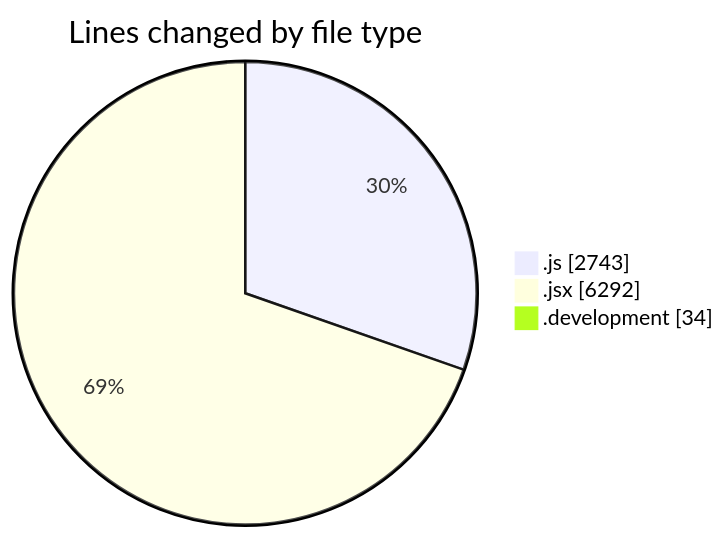
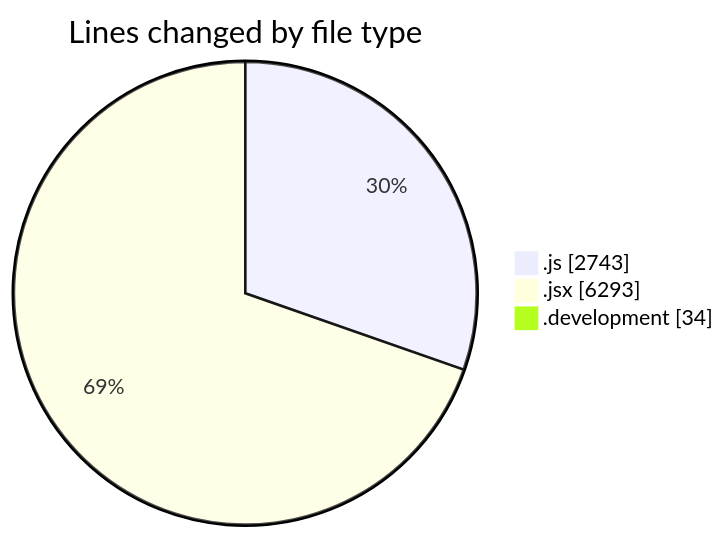
The first of 2 diagrams in 2025-09-18/nxtqube_webapp/README.md (nxtqubesakshisongat/code-tracking), drawn with Mermaid before and after one commit. The commit also changed other lines of this file and 1 other file, not shown here.

````diff
--- a/2025-09-18/nxtqube_webapp/README.md
+++ b/2025-09-18/nxtqube_webapp/README.md
@@ -41,7 +41,7 @@
 ```mermaid
 pie showData
 title Lines changed by file type
 ".js" : 2743
-".jsx" : 6292
+".jsx" : 6293
 ".development" : 34
 ```
````
